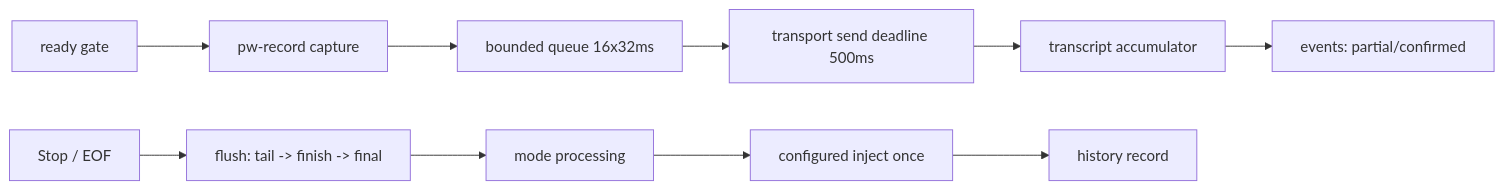
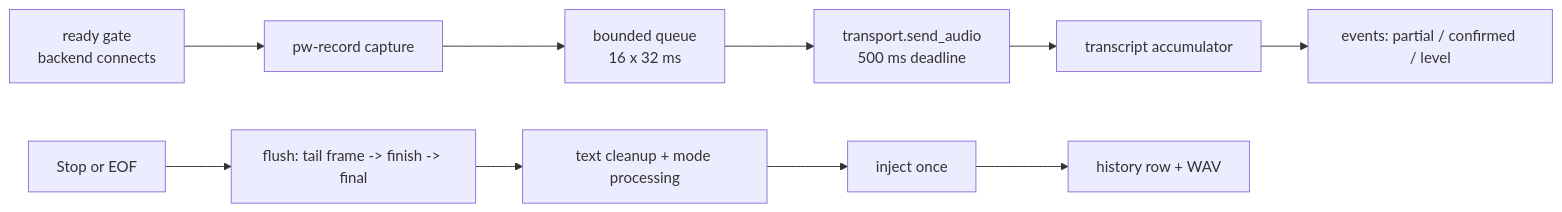
The diagram in docs/architecture.md (Vitus213/voiceless), drawn with Mermaid before and after one commit. The commit also changed other lines of this file and 10 other files, not shown here.

````diff
--- a/docs/architecture.md
+++ b/docs/architecture.md
@@ -34,12 +92,12 @@
 ```mermaid
 flowchart LR
-    R[ready gate] --> C[pw-record capture]
-    C --> Q[bounded queue 16x32ms]
-    Q --> S[transport send deadline 500ms]
+    R[ready gate<br/>backend connects] --> C[pw-record capture]
+    C --> Q[bounded queue<br/>16 x 32 ms]
+    Q --> S[transport.send_audio<br/>500 ms deadline]
     S --> T[transcript accumulator]
-    T --> E[events: partial/confirmed]
-    Stop[Stop / EOF] --> F[flush: tail -> finish -> final]
-    F --> P[mode processing]
-    P --> I[configured inject once]
-    I --> H[history record]
+    T --> E[events: partial / confirmed / level]
+    Stop[Stop or EOF] --> F[flush: tail frame -> finish -> final]
+    F --> X[text cleanup + mode processing]
+    X --> I[inject once]
+    I --> H[history row + WAV]
 ```
````
